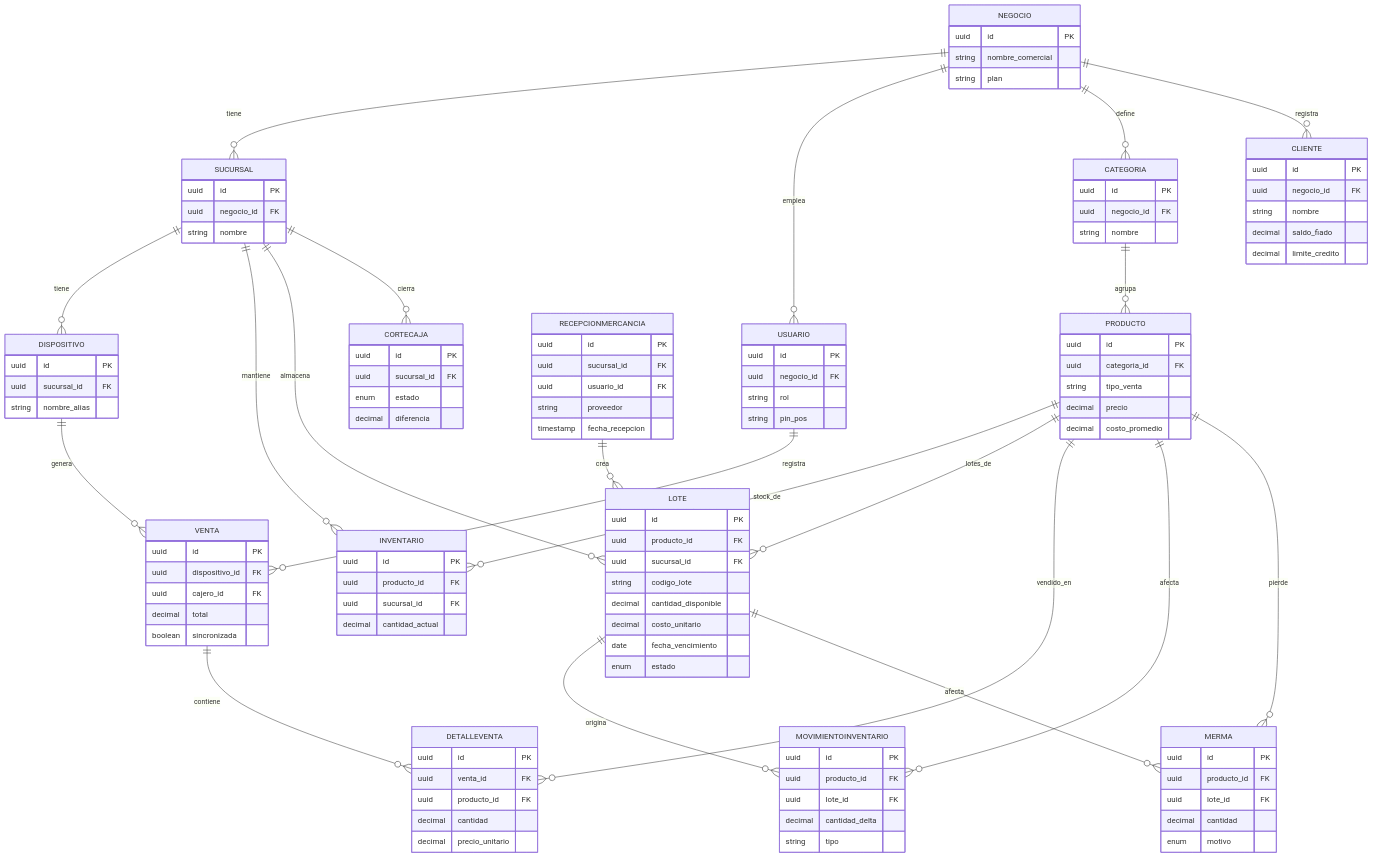
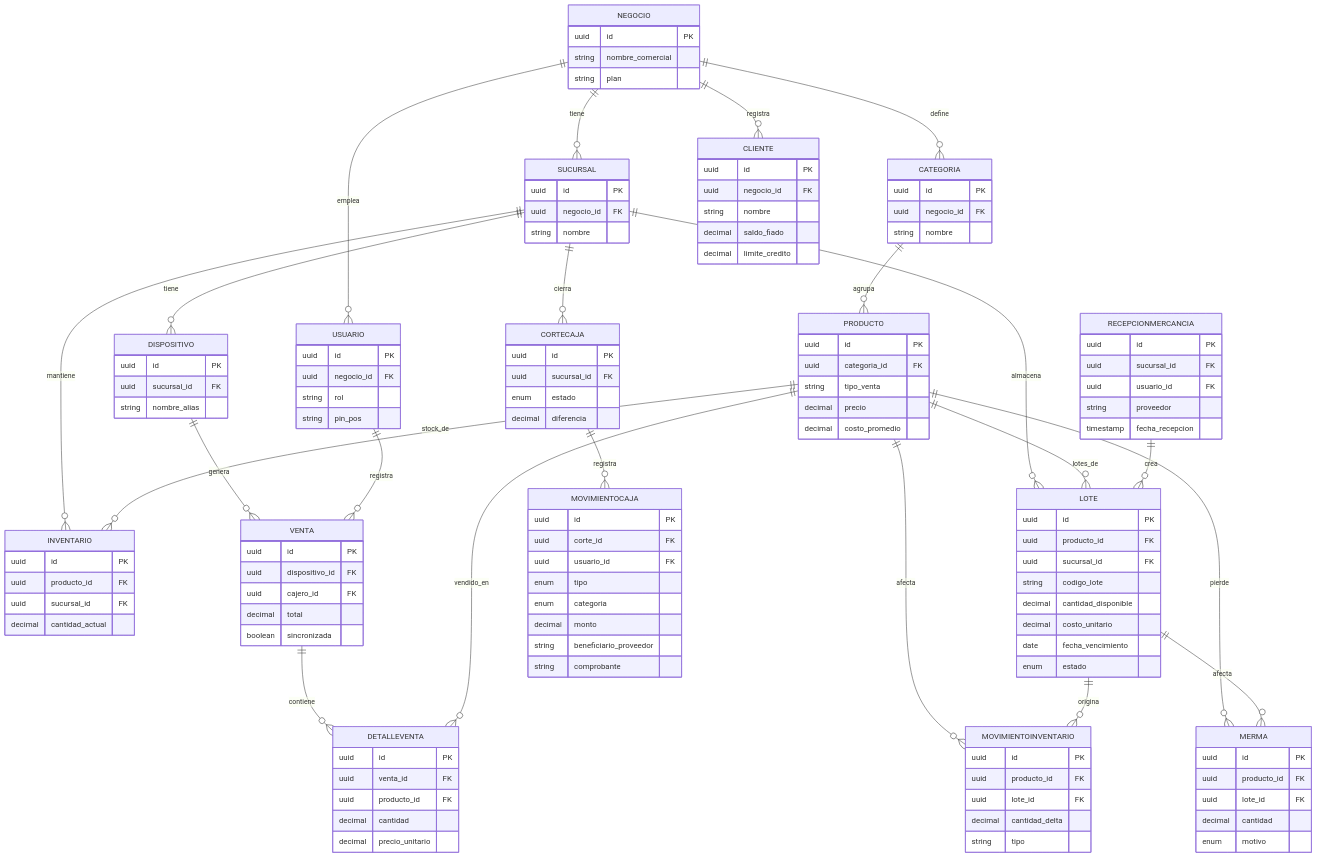
Before and after one commit to JononathanRincon/SystemPosCarn: the first of 3 diagrams in SDD_POS_Carniceria.md, drawn with Mermaid. The commit also changed other lines of this file and 5 other files, not shown here.

````diff
--- a/SDD_POS_Carniceria.md
+++ b/SDD_POS_Carniceria.md
@@ -449,6 +471,7 @@
   PRODUCTO ||--o{ MOVIMIENTOINVENTARIO : afecta
   PRODUCTO ||--o{ MERMA : pierde
   SUCURSAL ||--o{ CORTECAJA : cierra
+  CORTECAJA ||--o{ MOVIMIENTOCAJA : registra
   RECEPCIONMERCANCIA ||--o{ LOTE : crea
   LOTE ||--o{ MOVIMIENTOINVENTARIO : origina
   LOTE ||--o{ MERMA : afecta
@@ -550,4 +573,14 @@
     decimal cantidad
     enum motivo
   }
+  MOVIMIENTOCAJA {
+    uuid id PK
+    uuid corte_id FK
+    uuid usuario_id FK
+    enum tipo
+    enum categoria
+    decimal monto
+    string beneficiario_proveedor
+    string comprobante
+  }
 ```
````
